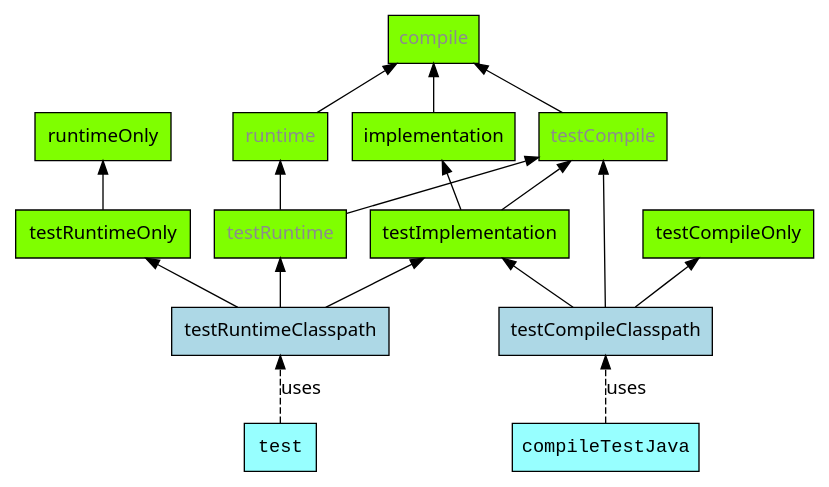
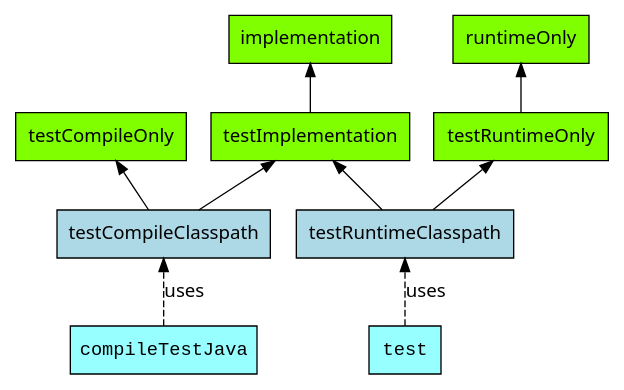
Before and after one commit to gradle/gradle: the diagram in subprojects/docs/src/docs/userguide/img/java-test-configurations.dot, drawn with Graphviz. The commit also changed 5 other files, not shown here.

First line of the commit message:
Remove stale compile and runtime references

```diff
--- a/subprojects/docs/src/docs/userguide/img/java-test-configurations.dot
+++ b/subprojects/docs/src/docs/userguide/img/java-test-configurations.dot
@@ -1,34 +1,23 @@
 digraph javaTestConfigurations {
 
     rankdir = BT;
     node [fontname="Sans", shape=box, style=filled, fillcolor=chartreuse];
     edge [fontname="Sans"];
 
     /* tasks */
+    compileTestJava [fillcolor=darkslategray1, fontname="Courier New"]
     test [fillcolor=darkslategray1, fontname="Courier New"]
-    compileTestJava [fillcolor=darkslategray1, fontname="Courier New"]
-
-    /* deprecated confs */
-    compile [fontcolor=gray55]
-    runtime [fontcolor=gray55]
-    testCompile [fontcolor=gray55]
-    testRuntime [fontcolor=gray55]
 
     testCompileClasspath [fillcolor=lightblue]
     testRuntimeClasspath [fillcolor=lightblue]
 
     /* configurations */
-    implementation -> compile;
-    runtime -> compile
-
-    testCompile -> compile
-    testImplementation -> {testCompile implementation}
-    testCompileClasspath -> {testCompile testCompileOnly testImplementation}
-    testRuntime -> {runtime testCompile}
+    testImplementation -> implementation
+    testCompileClasspath -> {testCompileOnly testImplementation}
     testRuntimeOnly -> runtimeOnly
-    testRuntimeClasspath -> {testRuntimeOnly testRuntime testImplementation}
+    testRuntimeClasspath -> {testRuntimeOnly testImplementation}
 
     /* tasks */
     test -> testRuntimeClasspath [style=dashed label="uses"]
     compileTestJava -> testCompileClasspath [style=dashed label="uses"]
 }
```
